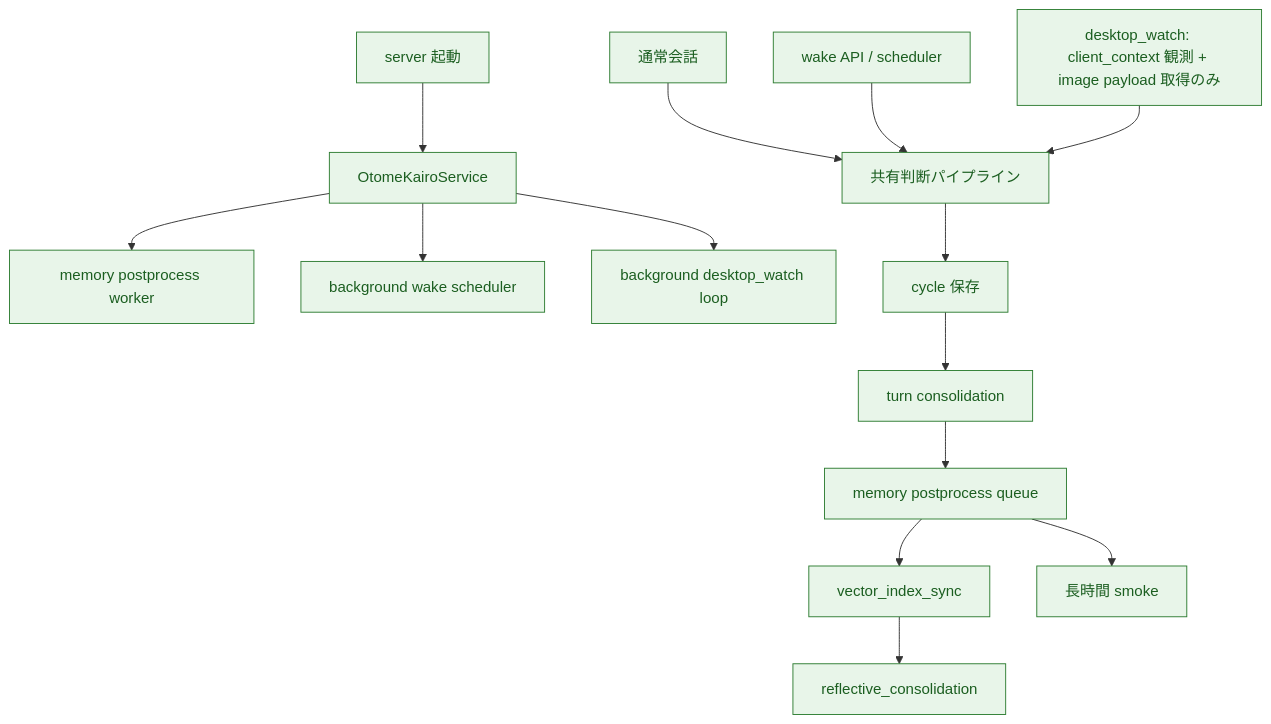
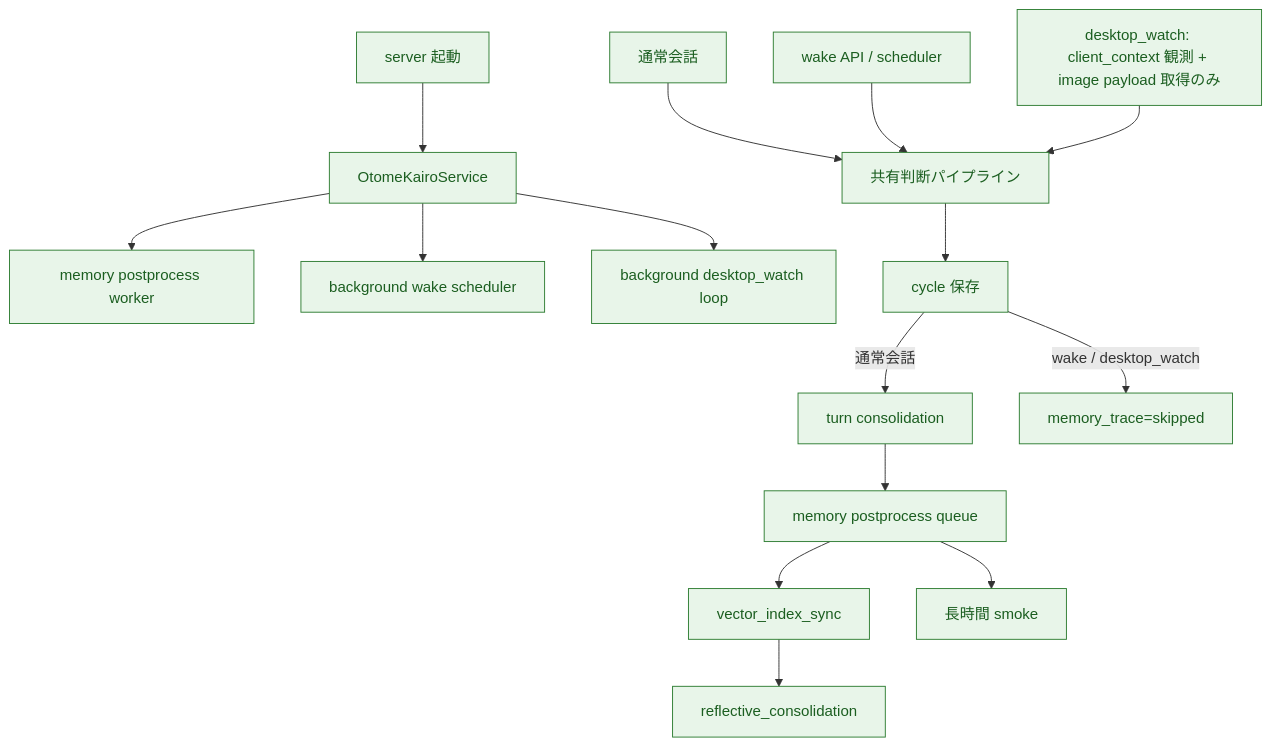
The third of 4 diagrams in docs/plan/02_現行処理フロー.md (hirona98/OtomeKairo), drawn with Mermaid before and after one commit. The commit also changed other lines of this file and 19 other files, not shown here.

````diff
--- a/docs/plan/02_現行処理フロー.md
+++ b/docs/plan/02_現行処理フロー.md
@@ -164,24 +166,25 @@
 ```mermaid
 flowchart TD
     Start["server 起動"] --> Service["OtomeKairoService"]
     Service --> Worker["memory postprocess worker"]
     Service --> WakeLoop["background wake scheduler"]
     Service --> WatchLoop["background desktop_watch loop"]
 
     User["通常会話"] --> Shared["共有判断パイプライン"]
     Wake["wake API / scheduler"] --> Shared
     WatchCtx["desktop_watch: client_context 観測 + image payload 取得のみ"] --> Shared
     Shared --> Persist["cycle 保存"]
-    Persist --> Turn["turn consolidation"]
+    Persist -->|通常会話| Turn["turn consolidation"]
+    Persist -->|wake / desktop_watch| Skip["memory_trace=skipped"]
     Turn --> Queue["memory postprocess queue"]
     Queue --> Vec["vector_index_sync"]
     Vec --> Reflect["reflective_consolidation"]
     Queue --> Smoke["長時間 smoke"]
 
     classDef done fill:#e8f5e9,stroke:#2e7d32,color:#1b5e20;
     classDef partial fill:#fff8e1,stroke:#f9a825,color:#8d6e00;
     classDef todo fill:#ffebee,stroke:#c62828,color:#b71c1c;
 
-    class Start,Service,Worker,WakeLoop,WatchLoop,User,Wake,WatchCtx,Shared,Persist,Turn,Queue,Vec,Reflect done;
+    class Start,Service,Worker,WakeLoop,WatchLoop,User,Wake,WatchCtx,Shared,Persist,Turn,Skip,Queue,Vec,Reflect done;
     class Smoke done;
 ```
````
